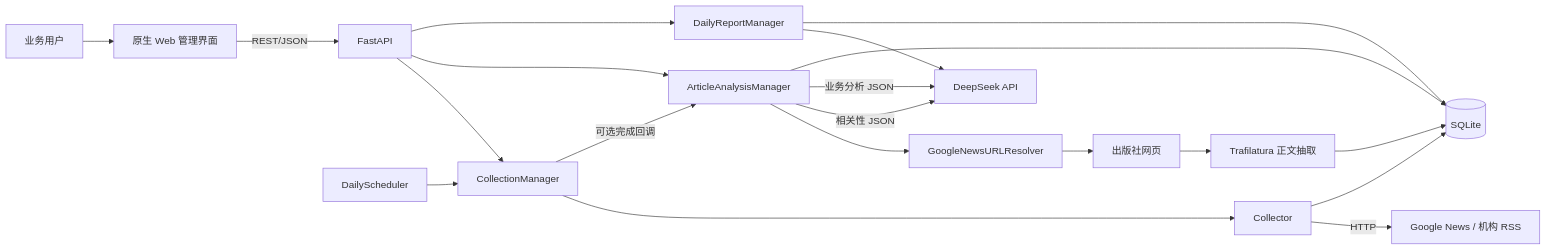
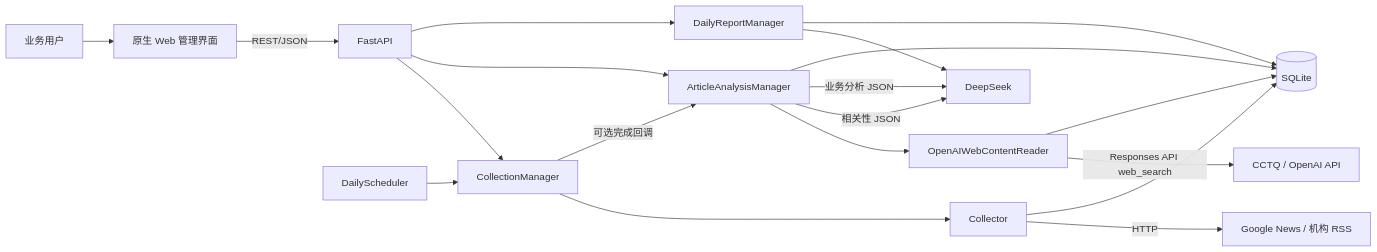
The first of 6 diagrams in docs/technical-design.md (shiye1213/intco-rss-collector), drawn with Mermaid before and after one commit. The commit also changed other lines of this file and 26 other files, not shown here.

````diff
--- a/docs/technical-design.md
+++ b/docs/technical-design.md
@@ -75,24 +75,23 @@
 ```mermaid
 flowchart LR
     User["业务用户"] --> UI["原生 Web 管理界面"]
     UI -->|"REST/JSON"| API["FastAPI"]
     Scheduler["DailyScheduler"] --> Collection["CollectionManager"]
     API --> Collection
     Collection --> Collector["Collector"]
     Collector -->|"HTTP"| Feeds["Google News / 机构 RSS"]
     Collector --> DB[("SQLite")]
 
     Collection -->|"可选完成回调"| Pipeline["ArticleAnalysisManager"]
     API --> Pipeline
-    Pipeline --> Resolver["GoogleNewsURLResolver"]
-    Resolver --> Publisher["出版社网页"]
-    Publisher --> Extractor["Trafilatura 正文抽取"]
-    Extractor --> DB
-    Pipeline -->|"相关性 JSON"| DeepSeek["DeepSeek API"]
+    Pipeline --> Reader["OpenAIWebContentReader"]
+    Reader -->|"Responses API web_search"| OpenAI["CCTQ / OpenAI API"]
+    Reader --> DB
+    Pipeline -->|"相关性 JSON"| DeepSeek
     Pipeline -->|"业务分析 JSON"| DeepSeek
     Pipeline --> DB
 
     API --> Report["DailyReportManager"]
     Report --> DeepSeek
     Report --> DB
 ```
````
